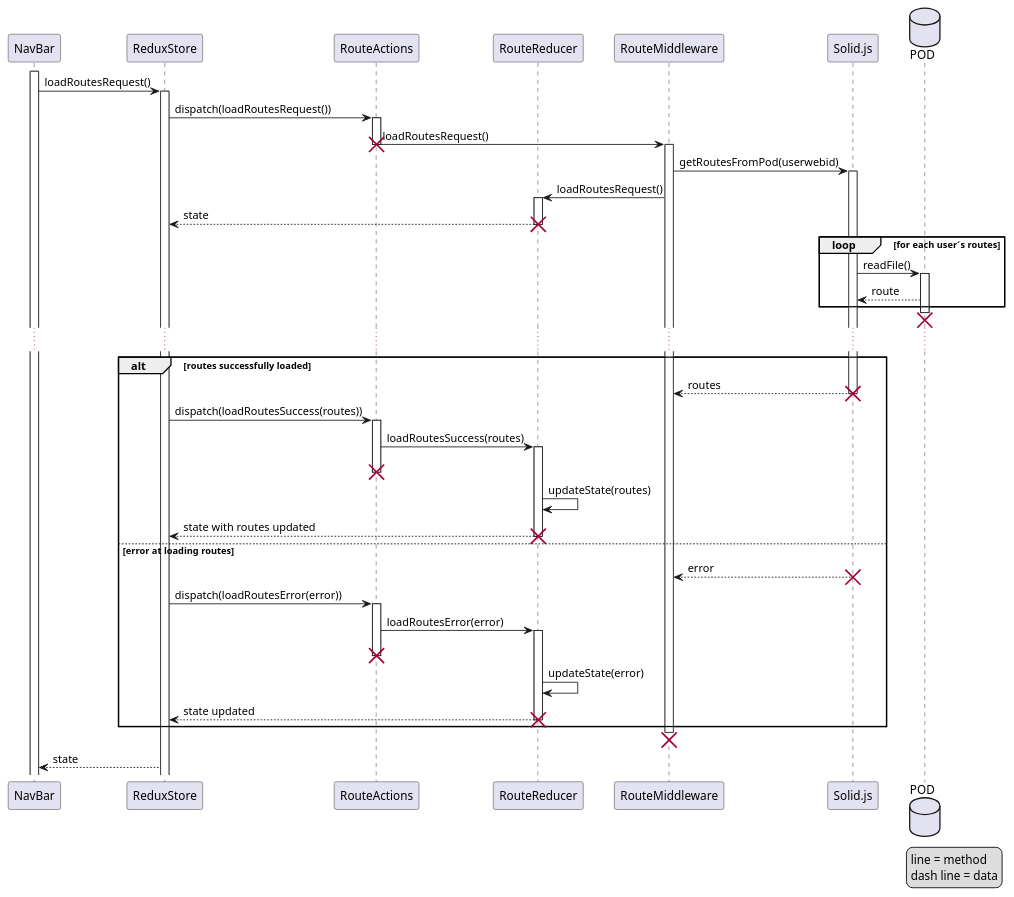
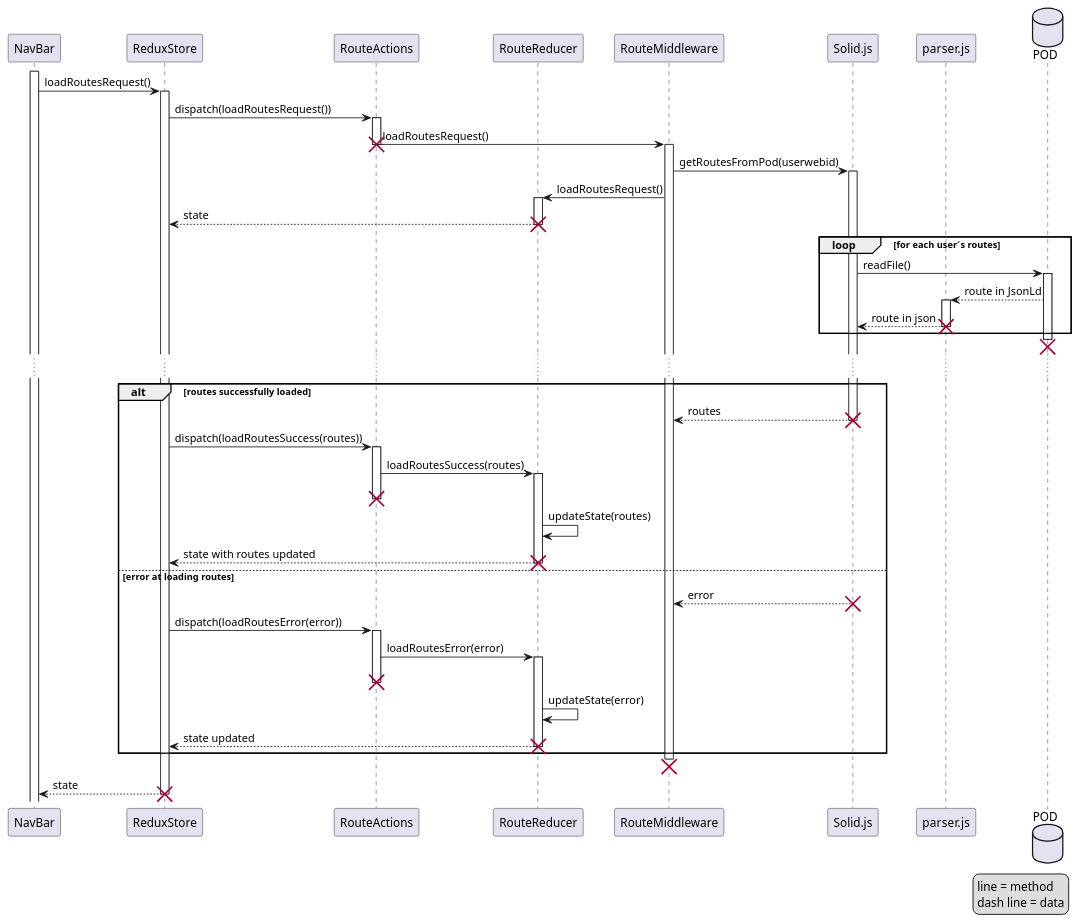
Before and after one commit to Arquisoft/viade_en1b: the diagram in src/docs/diagrams/06_SD_LoadRoutes.puml, drawn with PlantUML. The commit also changed 5 other files, not shown here.

Commit message:
Sequence diagrams updated

```diff
--- a/src/docs/diagrams/06_SD_LoadRoutes.puml
+++ b/src/docs/diagrams/06_SD_LoadRoutes.puml
@@ -3,62 +3,67 @@
 @startuml
 
 participant NavBar as nb
 participant ReduxStore as rs
 participant RouteActions as ra
 participant RouteReducer as rr
 participant RouteMiddleware as rm
 participant Solid.js as s
+participant parser.js as pa
 database POD as p
 
 activate nb
 nb -> rs: loadRoutesRequest()
 activate rs
 rs -> ra: dispatch(loadRoutesRequest())
 activate ra
 ra -> rm: loadRoutesRequest()
 destroy ra
 activate rm
 rm -> s: getRoutesFromPod(userwebid)
 activate s
 rm -> rr: loadRoutesRequest()
 activate rr
 rr --> rs: state
 destroy rr
 loop for each user´s routes
     s -> p: readFile()
     activate p
-    p --> s: route
+    p --> pa: route in JsonLd
+    activate pa
+    pa --> s: route in json
+    destroy pa
 end
 destroy p
 ...
 alt routes successfully loaded
 s --> rm: routes
 destroy s
 rs -> ra: dispatch(loadRoutesSuccess(routes))
 activate ra
 ra -> rr: loadRoutesSuccess(routes)
 activate rr
 destroy ra
 rr -> rr: updateState(routes)
 rr --> rs: state with routes updated
 destroy rr
 else error at loading routes
 s --> rm: error
 destroy s
 rs -> ra: dispatch(loadRoutesError(error))
 activate ra
 ra -> rr: loadRoutesError(error)
 activate rr
 destroy ra
 rr -> rr: updateState(error)
 rr --> rs: state updated
 destroy rr
 end
 destroy rm
 rs --> nb: state
+destroy rs
 legend right
 line = method
 dash line = data
 endlegend
 
 @enduml
```
